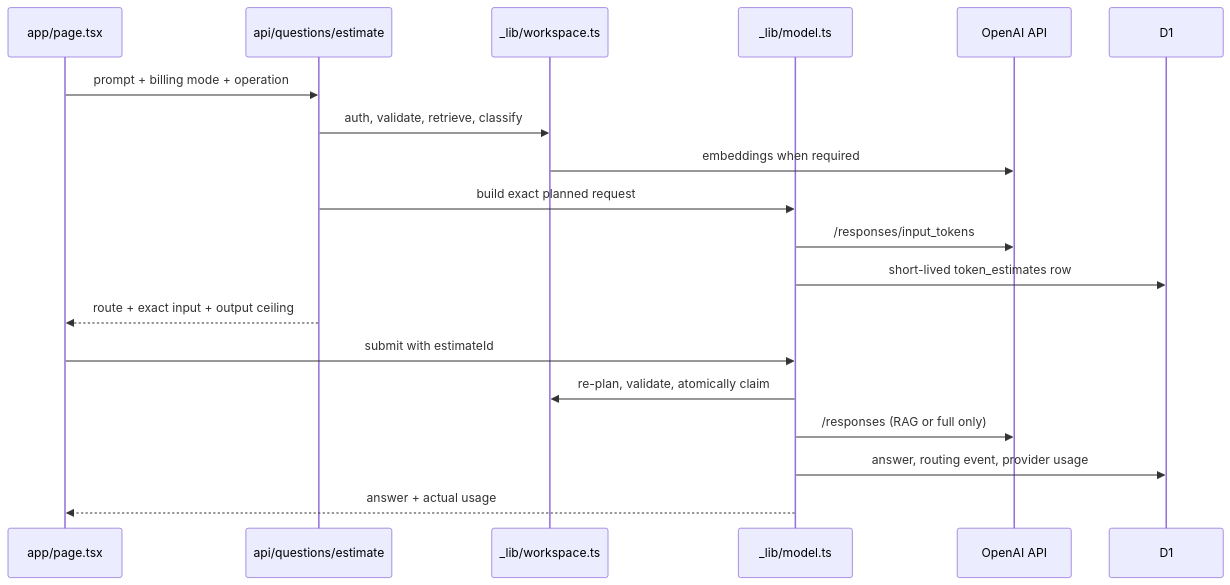
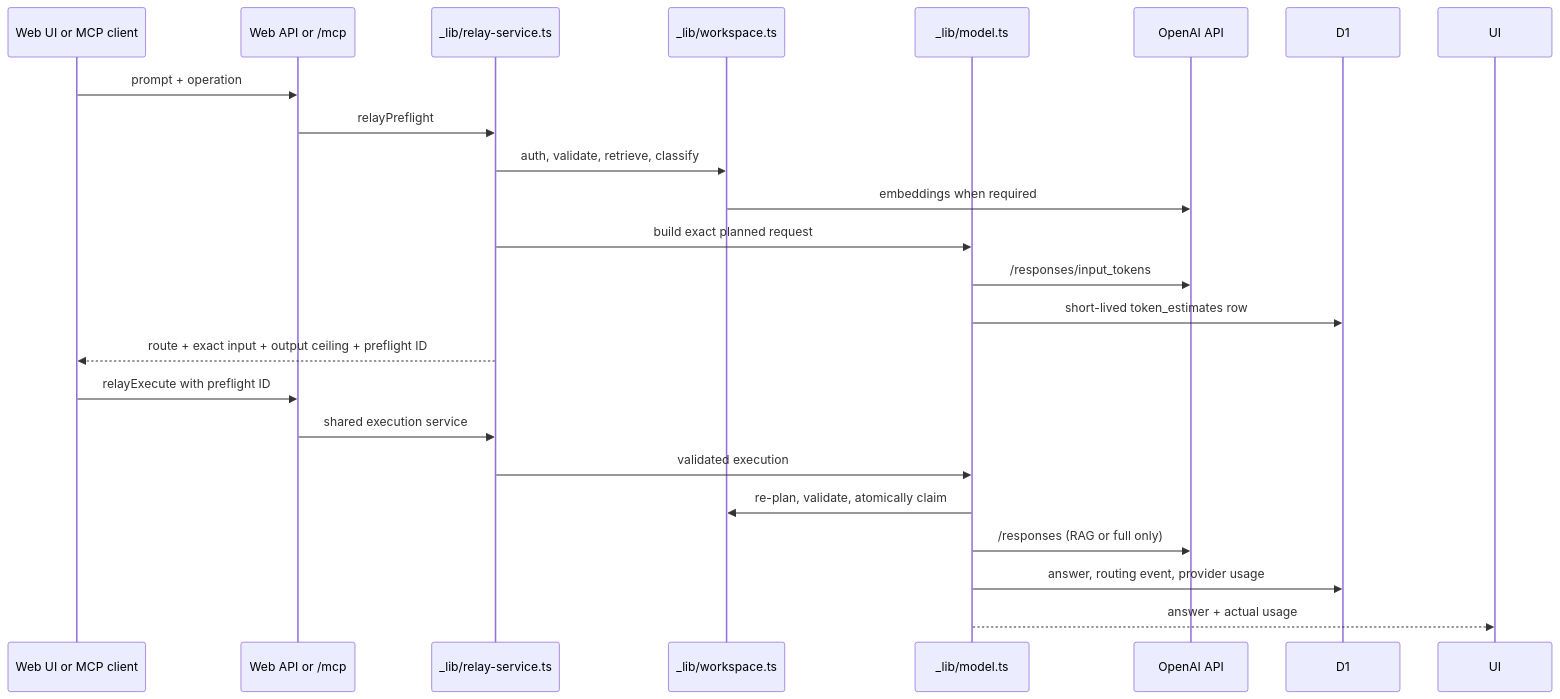
Before and after one commit to ksh1ng/ShareXpace: the diagram in DEVELOPMENT.md, drawn with Mermaid. The commit also changed other lines of this file and 17 other files, not shown here.

Commit message:
Add Relay MCP gateway over shared token router

````diff
--- a/DEVELOPMENT.md
+++ b/DEVELOPMENT.md
@@ -14,22 +14,26 @@
 ```mermaid
 sequenceDiagram
-  participant UI as app/page.tsx
-  participant Estimate as api/questions/estimate
+  participant Client as Web UI or MCP client
+  participant Gateway as Web API or /mcp
+  participant Relay as _lib/relay-service.ts
   participant Workspace as _lib/workspace.ts
   participant Model as _lib/model.ts
   participant OpenAI as OpenAI API
   participant D1 as D1
 
-  UI->>Estimate: prompt + billing mode + operation
-  Estimate->>Workspace: auth, validate, retrieve, classify
+  Client->>Gateway: prompt + operation
+  Gateway->>Relay: relayPreflight
+  Relay->>Workspace: auth, validate, retrieve, classify
   Workspace->>OpenAI: embeddings when required
-  Estimate->>Model: build exact planned request
+  Relay->>Model: build exact planned request
   Model->>OpenAI: /responses/input_tokens
   Model->>D1: short-lived token_estimates row
-  Estimate-->>UI: route + exact input + output ceiling
-  UI->>Model: submit with estimateId
+  Relay-->>Client: route + exact input + output ceiling + preflight ID
+  Client->>Gateway: relayExecute with preflight ID
+  Gateway->>Relay: shared execution service
+  Relay->>Model: validated execution
   Model->>Workspace: re-plan, validate, atomically claim
   Model->>OpenAI: /responses (RAG or full only)
   Model->>D1: answer, routing event, provider usage
   Model-->>UI: answer + actual usage
 ```
````
